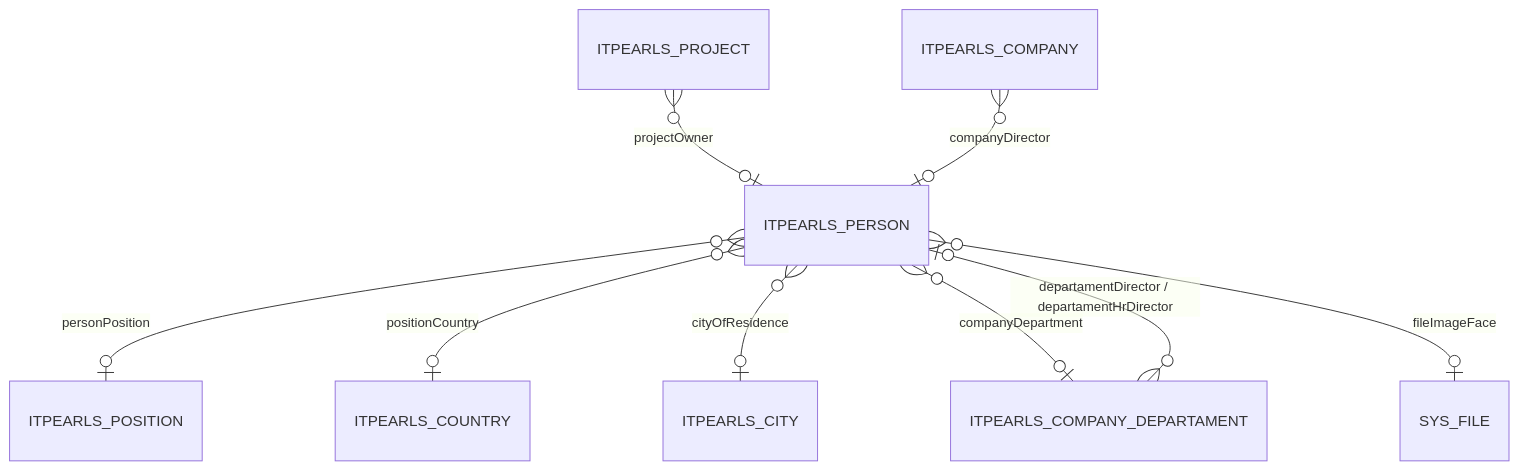
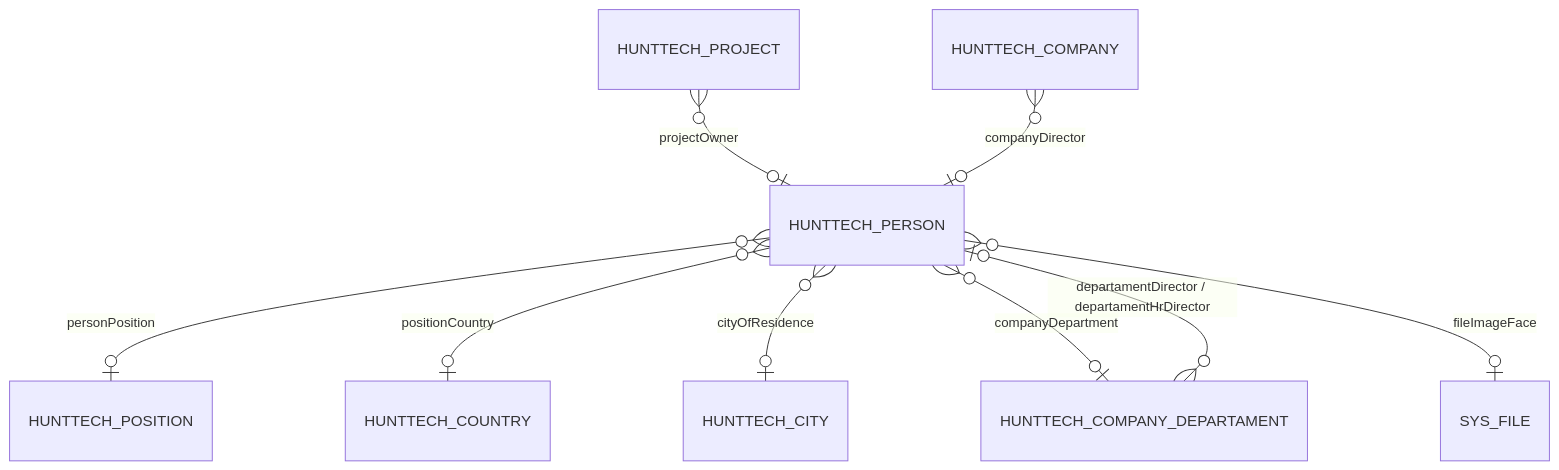
Before and after one commit to aananyev/it-pearls-recruiting: the diagram in docs/entities/Person.md, drawn with Mermaid. The commit also changed other lines of this file and 2450 other files, not shown here.

````diff
--- a/docs/entities/Person.md
+++ b/docs/entities/Person.md
@@ -51,11 +51,11 @@
 ```mermaid
 erDiagram
-    ITPEARLS_PERSON }o--o| ITPEARLS_POSITION : "personPosition"
-    ITPEARLS_PERSON }o--o| ITPEARLS_COUNTRY : "positionCountry"
-    ITPEARLS_PERSON }o--o| ITPEARLS_CITY : "cityOfResidence"
-    ITPEARLS_PERSON }o--o| ITPEARLS_COMPANY_DEPARTAMENT : "companyDepartment"
-    ITPEARLS_PERSON }o--o| SYS_FILE : "fileImageFace"
-    ITPEARLS_PROJECT }o--o| ITPEARLS_PERSON : "projectOwner"
-    ITPEARLS_COMPANY }o--o| ITPEARLS_PERSON : "companyDirector"
-    ITPEARLS_COMPANY_DEPARTAMENT }o--o| ITPEARLS_PERSON : "departamentDirector / departamentHrDirector"
+    HUNTTECH_PERSON }o--o| HUNTTECH_POSITION : "personPosition"
+    HUNTTECH_PERSON }o--o| HUNTTECH_COUNTRY : "positionCountry"
+    HUNTTECH_PERSON }o--o| HUNTTECH_CITY : "cityOfResidence"
+    HUNTTECH_PERSON }o--o| HUNTTECH_COMPANY_DEPARTAMENT : "companyDepartment"
+    HUNTTECH_PERSON }o--o| SYS_FILE : "fileImageFace"
+    HUNTTECH_PROJECT }o--o| HUNTTECH_PERSON : "projectOwner"
+    HUNTTECH_COMPANY }o--o| HUNTTECH_PERSON : "companyDirector"
+    HUNTTECH_COMPANY_DEPARTAMENT }o--o| HUNTTECH_PERSON : "departamentDirector / departamentHrDirector"
 ```
````
